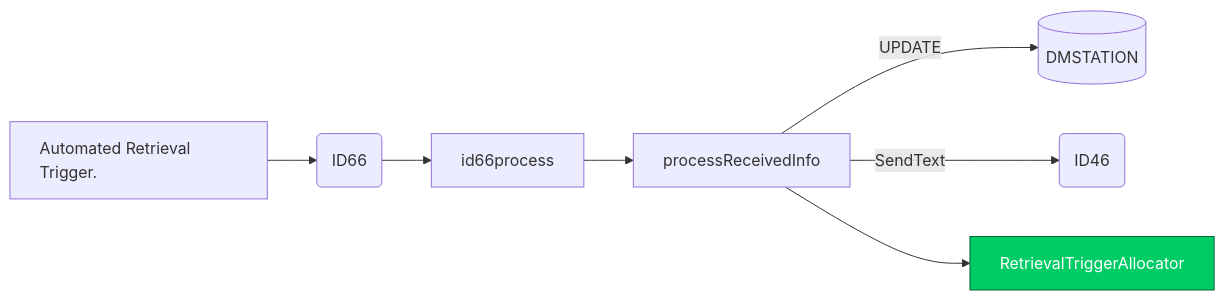
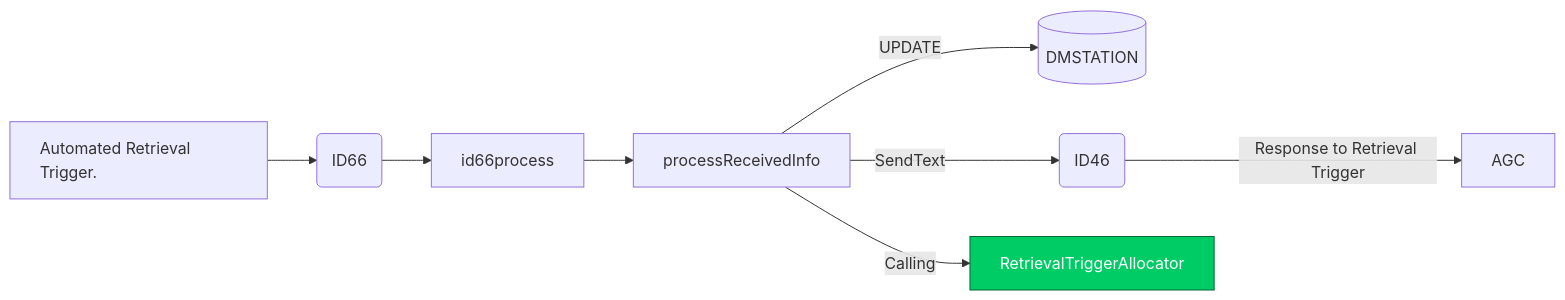
Before and after one commit to luthfiadityaa/SimeDarby-Wiki: the fourth of 15 diagrams in Basic-Design/DFD-WMS/Retrieval/Stacked-Empty-Pallet.md, drawn with Mermaid.

Commit message:
Updated Stacked Empty Pallet

```diff
--- a/Basic-Design/DFD-WMS/Retrieval/Stacked-Empty-Pallet.md
+++ b/Basic-Design/DFD-WMS/Retrieval/Stacked-Empty-Pallet.md
@@ -84,27 +84,27 @@
 ::: mermaid
 flowchart LR
     input[
         Automated Retrieval Trigger.      
     ]
 
     id66msg("
      ID66
     ")
     tableList-update[("
         DMSTATION
     ")]
 
     id46msg("
      ID46
     ")
 
     input -->id66msg-->id66process-->processReceivedInfo--> |UPDATE| tableList-update
-    processReceivedInfo--> |SendText| id46msg
-    processReceivedInfo-->RetrievalTriggerAllocator
+    processReceivedInfo--> |SendText| id46msg--> |Response to Retrieval Trigger| AGC
+    processReceivedInfo--> |Calling| RetrievalTriggerAllocator
 
     click RetrievalTriggerAllocator "https://dev.azure.com/Daifuku-SW/ID_SimeDarbyPlantation/_wiki/wikis/ID_SimeDarbyPlantation.wiki/956/Stacked-Empty-Pallet?anchor=retrieval-trigger-allocator" "Go to Retrieval Trigger Allocator"
     style RetrievalTriggerAllocator fill:#00cc66,stroke:#006633,color:#ffffff
 
     classDef leftAlign text-align:left;
     class input leftAlign;
 :::
```
